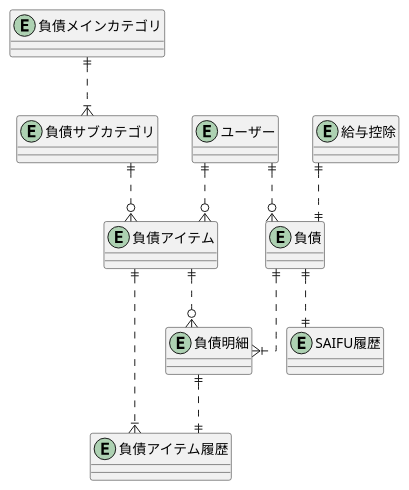
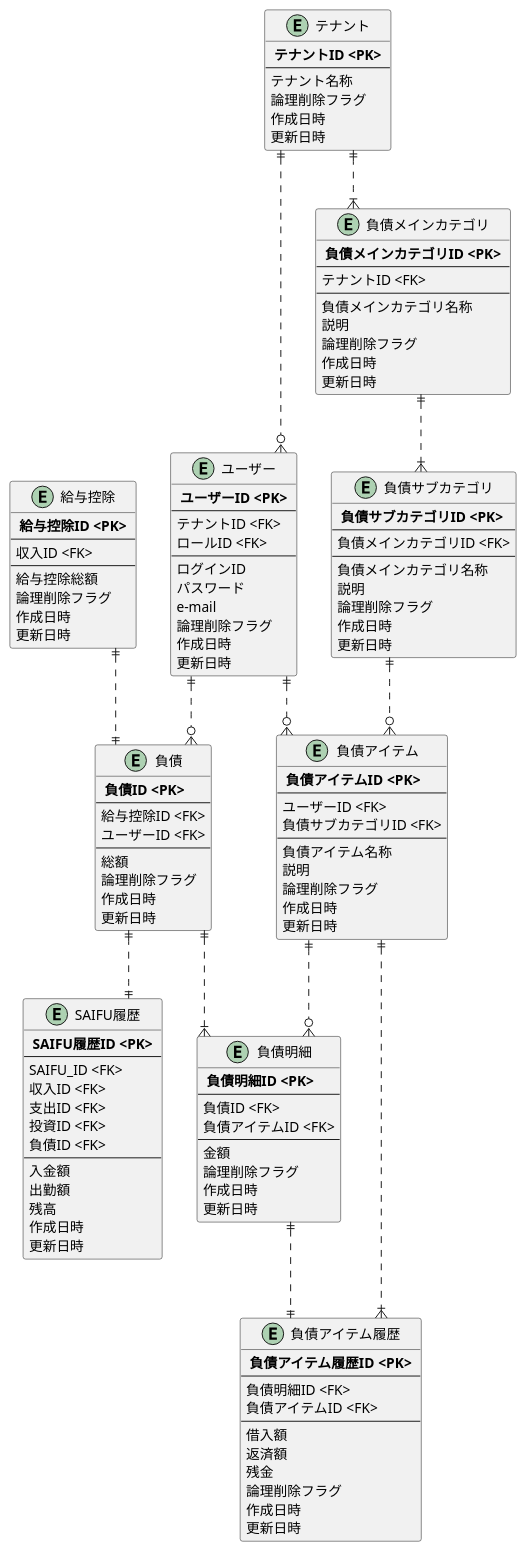
One commit to JojiKoike/saifu-docs changed the diagram in design/ER_Logical_Debt.wsd. Above: the diagram before and after it, drawn with PlantUML.

Commit message:
Debt論理モデル作成

```diff
--- a/design/ER_Logical_Debt.wsd
+++ b/design/ER_Logical_Debt.wsd
@@ -1,46 +1,150 @@
 @startuml ER_Concept
 skinparam linetype ortho
 
 ' Entity
+entity "テナント" as tenant {
+  ** テナントID <PK> **
+  --
+  テナント名称
+  論理削除フラグ
+  作成日時
+  更新日時
+}
+
+entity "ユーザー" as user {
+  ** ユーザーID <PK> **
+  --
+  テナントID <FK>
+  ロールID <FK>
+  --
+  ログインID
+  パスワード
+  e-mail
+  論理削除フラグ
+  作成日時
+  更新日時
+}
+
 entity "SAIFU履歴" as saifuHistory {
+  ** SAIFU履歴ID <PK> **
+  --
+  SAIFU_ID <FK>
+  収入ID <FK>
+  支出ID <FK>
+  投資ID <FK>
+  負債ID <FK>
+  --
+  入金額
+  出勤額
+  残高
+  作成日時
+  更新日時
 }
 
 entity "給与控除" as salaryDeduction {
+  ** 給与控除ID <PK> **
+  --
+  収入ID <FK>
+  --
+  給与控除総額
+  論理削除フラグ
+  作成日時
+  更新日時
 }
 
 entity "負債" as debt {
+  ** 負債ID <PK> **
+  --
+  給与控除ID <FK>
+  ユーザーID <FK>
+  --
+  総額
+  論理削除フラグ
+  作成日時
+  更新日時
 }
 
 entity "負債明細" as debtDetail {
+  ** 負債明細ID <PK> **
+  --
+  負債ID <FK>
+  負債アイテムID <FK>
+  --
+  金額
+  論理削除フラグ
+  作成日時
+  更新日時
 }
 
 entity "負債アイテム" as debtItem {
+  ** 負債アイテムID <PK> **
+  --
+  ユーザーID <FK>
+  負債サブカテゴリID <FK>
+  --
+  負債アイテム名称
+  説明
+  論理削除フラグ
+  作成日時
+  更新日時
 }
 
 entity "負債アイテム履歴" as debtItemHistory {
+  ** 負債アイテム履歴ID <PK> **
+  --
+  負債明細ID <FK>
+  負債アイテムID <FK>
+  --
+  借入額
+  返済額
+  残金
+  論理削除フラグ
+  作成日時
+  更新日時
 }
 
 entity "負債メインカテゴリ" as debtCategoryMain {
+  ** 負債メインカテゴリID <PK> **
+  --
+  テナントID <FK>
+  --
+  負債メインカテゴリ名称
+  説明
+  論理削除フラグ
+  作成日時
+  更新日時
 }
 
 entity "負債サブカテゴリ" as debtCategorySub {
+  ** 負債サブカテゴリID <PK> **
+  --
+  負債メインカテゴリID <FK>
+  --
+  負債メインカテゴリ名称
+  説明
+  論理削除フラグ
+  作成日時
+  更新日時
 }
 
-entity "ユーザー" as user {
-}
+
 
 ' Relation
 
+' Account
+tenant ||..o{user
+
 ' Debt
+tenant ||..|{debtCategoryMain
 debtCategoryMain ||..|{debtCategorySub
 debtCategorySub ||..o{debtItem
 salaryDeduction ||..||debt
 debt ||..|{debtDetail
 debt ||..||saifuHistory
 debtDetail ||..||debtItemHistory
+debtItem ||..o{debtDetail
 debtItem ||..|{debtItemHistory
-debtItem ||..o{debtDetail
 user ||..o{debt
 user ||..o{debtItem
 
 @enduml
```
